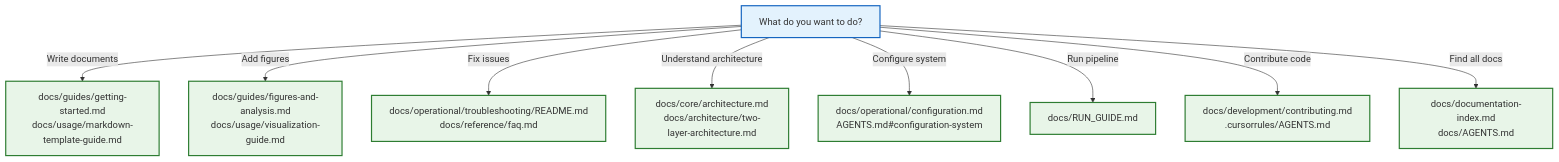
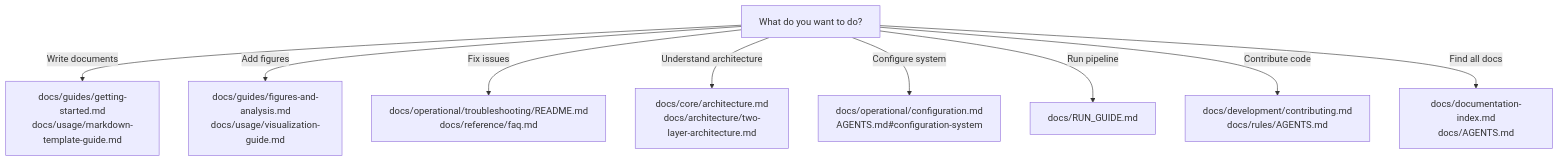
Diagram 12 of 13 in README.md (docxology/template), drawn with Mermaid before and after one commit. The commit also changed other lines of this file and 596 other files, not shown here.

````diff
--- a/README.md
+++ b/README.md
@@ -1396,19 +1347,13 @@
 ```mermaid
 graph TB
     TASK[What do you want to do?]
 
     TASK -->|Write documents| WRITE[docs/guides/getting-started.md\ndocs/usage/markdown-template-guide.md]
     TASK -->|Add figures| FIGURES[docs/guides/figures-and-analysis.md\ndocs/usage/visualization-guide.md]
     TASK -->|Fix issues| FIX[docs/operational/troubleshooting/README.md\ndocs/reference/faq.md]
     TASK -->|Understand architecture| ARCH[docs/core/architecture.md\ndocs/architecture/two-layer-architecture.md]
     TASK -->|Configure system| CONFIG[docs/operational/configuration.md\nAGENTS.md#configuration-system]
     TASK -->|Run pipeline| PIPELINE[docs/RUN_GUIDE.md]
-    TASK -->|Contribute code| CONTRIB[docs/development/contributing.md\n.cursorrules/AGENTS.md]
+    TASK -->|Contribute code| CONTRIB[docs/development/contributing.md\ndocs/rules/AGENTS.md]
     TASK -->|Find all docs| INDEX[docs/documentation-index.md\ndocs/AGENTS.md]
-
-    classDef task fill:#e3f2fd,stroke:#1565c0,stroke-width:2px
-    classDef doc fill:#e8f5e8,stroke:#2e7d32,stroke-width:2px
-
-    class TASK task
-    class WRITE,FIGURES,FIX,ARCH,CONFIG,PIPELINE,CONTRIB,INDEX doc
 ```
````
